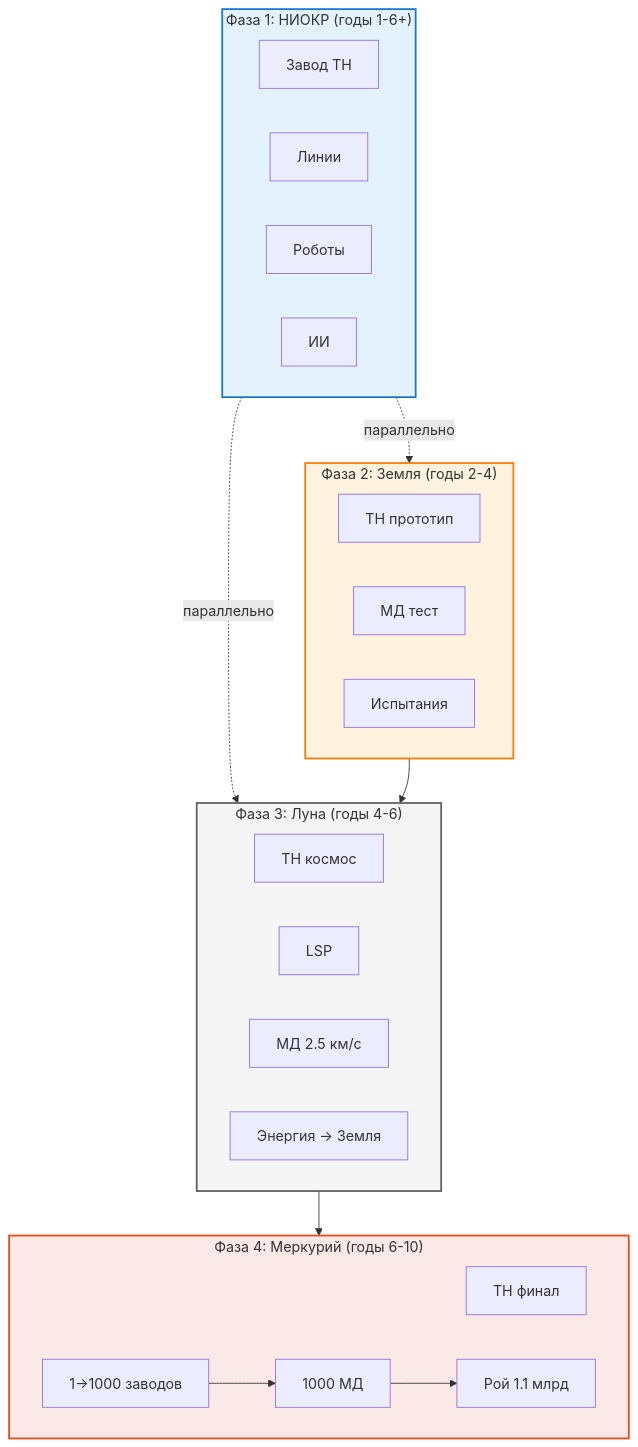
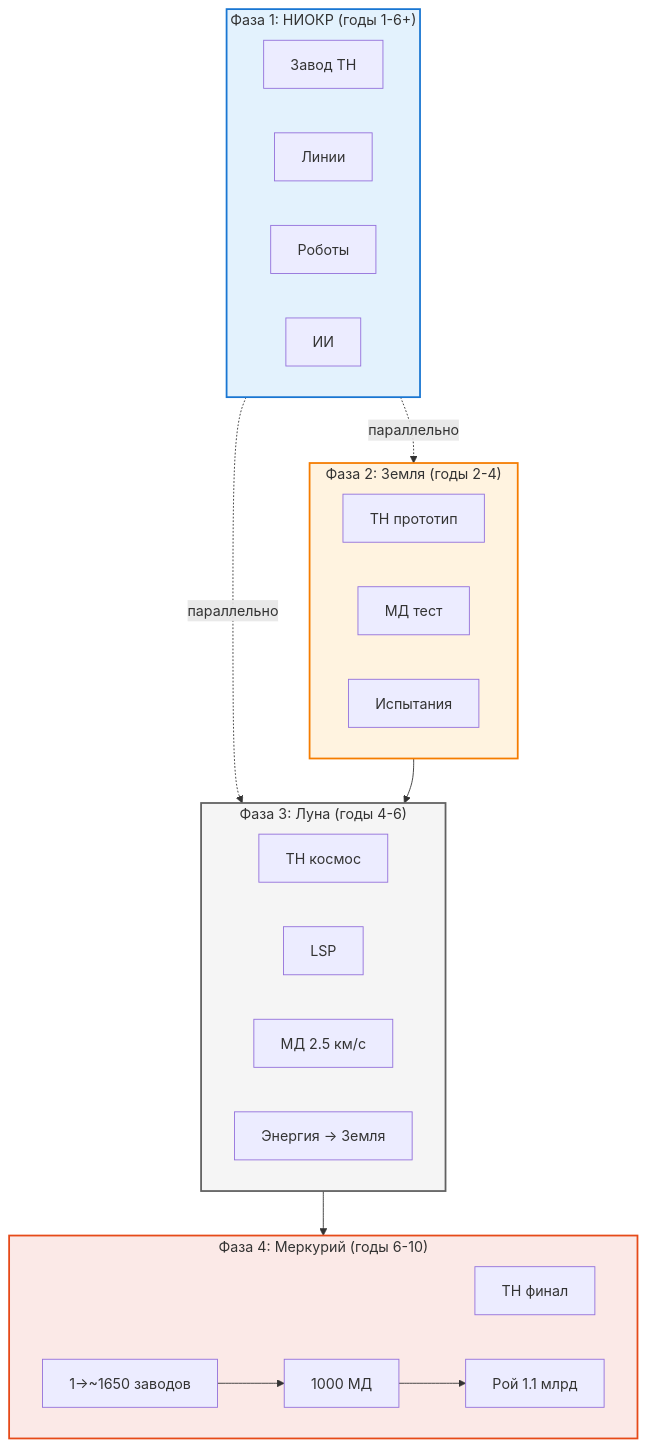
Before and after one commit to DmitryNasikanov/infinite-energy: the diagram in ru/science/summaries/roadmap.qmd, drawn with Mermaid. The commit also changed other lines of this file and 18 other files, not shown here.

````diff
--- a/ru/science/summaries/roadmap.qmd
+++ b/ru/science/summaries/roadmap.qmd
@@ -39,41 +39,41 @@
 ```{mermaid}
 flowchart TB
     subgraph RND["Фаза 1: НИОКР (годы 1-6+)"]
         R1[Завод ТН]
         R2[Линии]
         R3[Роботы]
         R4[ИИ]
     end
 
     subgraph EARTH["Фаза 2: Земля (годы 2-4)"]
         E1[ТН прототип]
         E2[МД тест]
         E3[Испытания]
     end
 
     subgraph LUNA["Фаза 3: Луна (годы 4-6)"]
         L1[ТН космос]
         L2[LSP]
         L3[МД 2.5 км/с]
         L4[Энергия → Земля]
     end
 
     subgraph MERCURY["Фаза 4: Меркурий (годы 6-10)"]
         M1[ТН финал]
-        M2[1→1000 заводов]
+        M2[1→~1650 заводов]
         M3[1000 МД]
         M4[Рой 1.1 млрд]
     end
 
     RND -.->|"параллельно"| EARTH
     RND -.->|"параллельно"| LUNA
     EARTH --> LUNA
     LUNA --> MERCURY
     M2 --> M3
     M3 --> M4
 
     style RND fill:#E3F2FD,stroke:#1976D2,stroke-width:2px
     style EARTH fill:#FFF3E0,stroke:#F57C00,stroke-width:2px
     style LUNA fill:#F5F5F5,stroke:#616161,stroke-width:2px
     style MERCURY fill:#FBE9E7,stroke:#E64A19,stroke-width:2px
 ```
````
